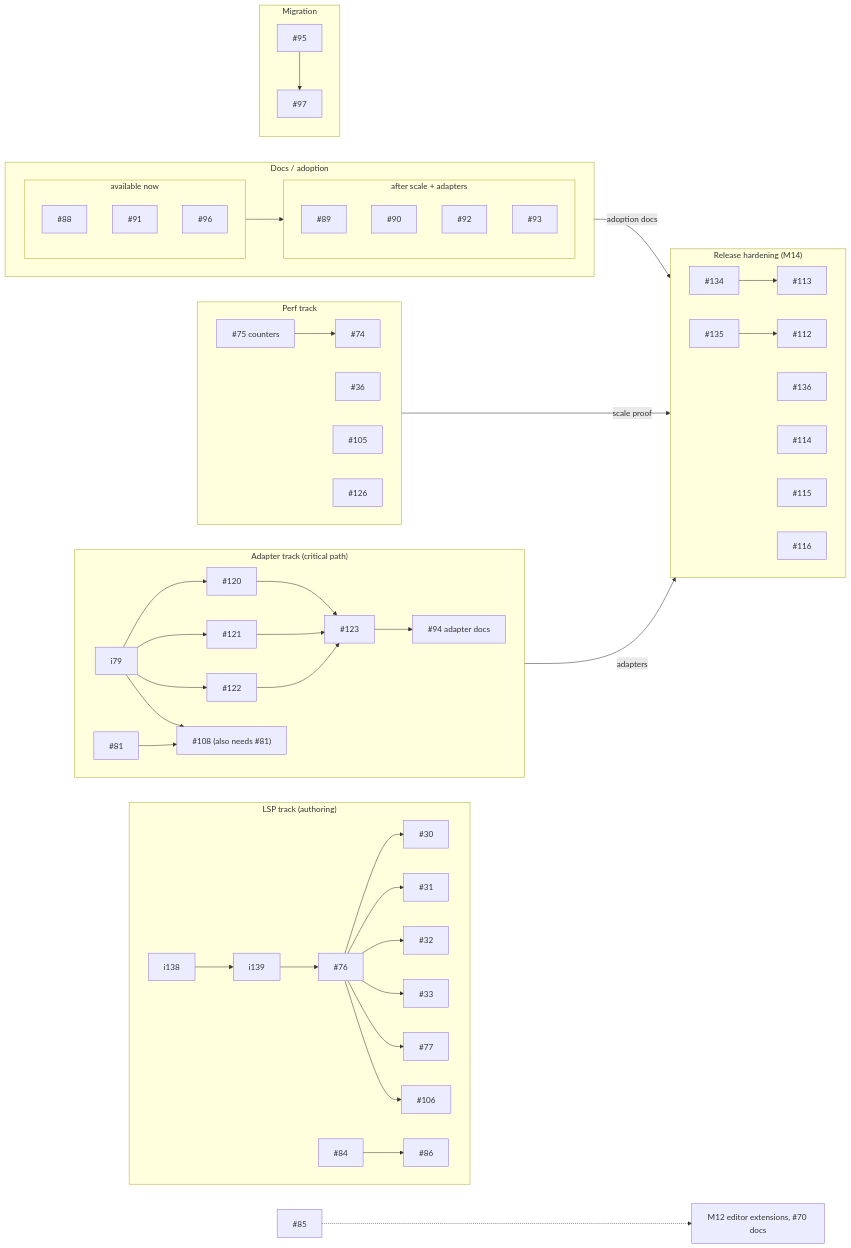
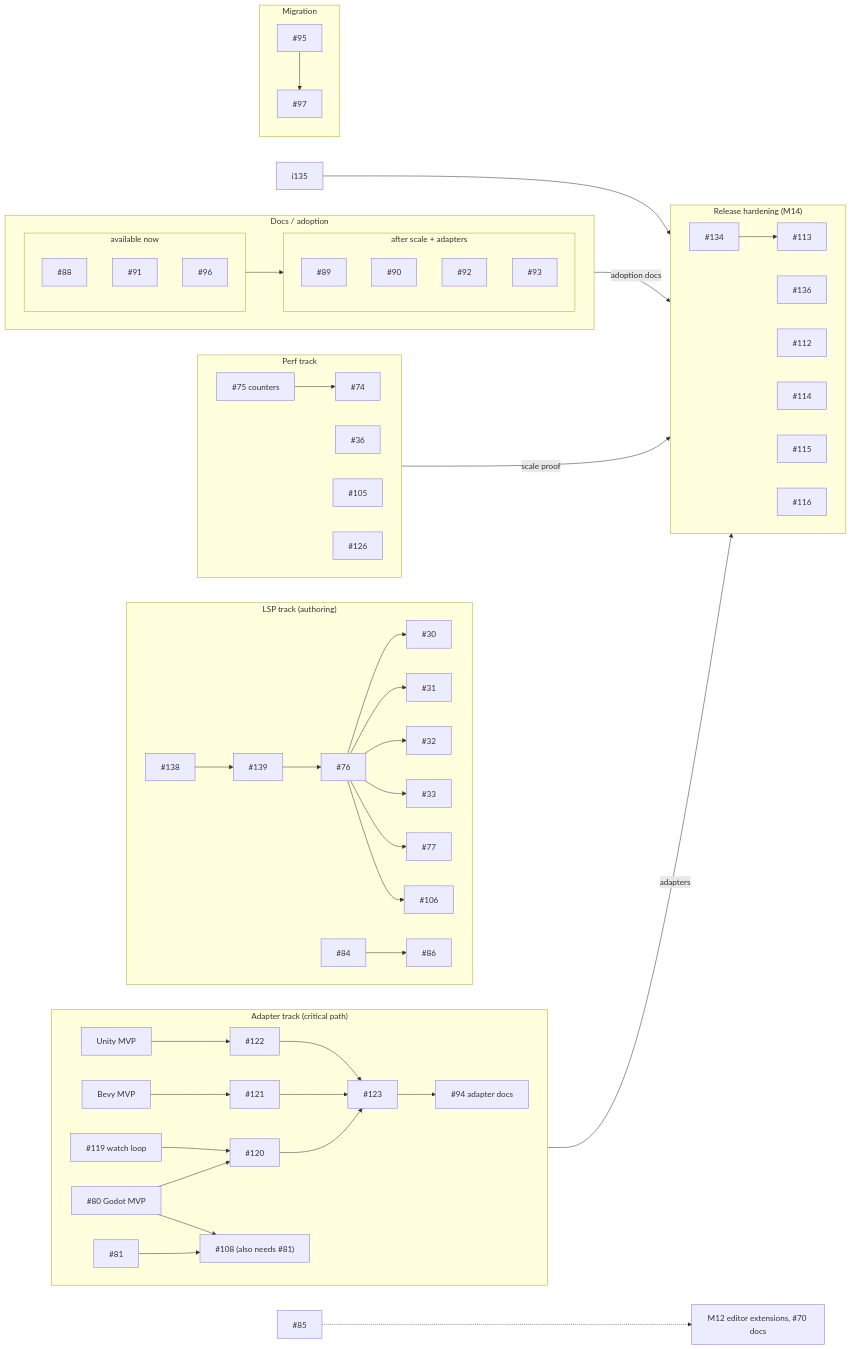
The diagram in docs/roadmap.md (plethu/recite), drawn with Mermaid before and after one commit. The commit also changed other lines of this file, not shown here.

Commit message:
docs: refresh roadmap after issue batch

````diff
--- a/docs/roadmap.md
+++ b/docs/roadmap.md
@@ -51,76 +49,76 @@
 ```mermaid
 flowchart LR
   subgraph LSP["LSP track (authoring)"]
     direction LR
-    i138 --> i139
+    i138["#138"] --> i139["#139"]
     i139 --> i76["#76"]
     i76 --> i30["#30"]
     i76 --> i31["#31"]
     i76 --> i32["#32"]
     i76 --> i33["#33"]
     i76 --> i77["#77"]
     i76 --> i106["#106"]
     i84["#84"] --> i86["#86"]
   end
 
   subgraph ADP["Adapter track (critical path)"]
     direction LR
-    i79 --> i120["#120"]
-    i79 --> i121["#121"]
-    i79 --> i122["#122"]
+    i80["#80 Godot MVP"] --> i120["#120"]
+    i119["#119 watch loop"] --> i120
+    iBevy["Bevy MVP"] --> i121["#121"]
+    iUnity["Unity MVP"] --> i122["#122"]
     i120 --> i123["#123"]
     i121 --> i123
     i122 --> i123
     i123 --> i94["#94 adapter docs"]
-    i79 --> i108["#108 (also needs #81)"]
     i81["#81"] --> i108
+    i80 --> i108["#108 (also needs #81)"]
   end
 
   subgraph PERF["Perf track"]
     direction LR
     i74["#74"]
     i36["#36"]
     i105["#105"]
     i126["#126"]
     i75["#75 counters"] --> i74
   end
 
   subgraph DOCS["Docs / adoption"]
     direction LR
     subgraph DNOW["available now"]
       i88["#88"]
       i91["#91"]
       i96["#96"]
     end
     subgraph DLATER["after scale + adapters"]
       i89["#89"]
       i90["#90"]
       i92["#92"]
       i93["#93"]
     end
     DNOW --> DLATER
   end
 
   subgraph MIG["Migration"]
     i95["#95"] --> i97["#97"]
   end
 
   subgraph REL["Release hardening (M14)"]
     direction LR
     i134["#134"]
-    i135["#135"]
     i136["#136"]
     i112["#112"]
     i113["#113"]
     i114["#114"]
     i115["#115"]
     i116["#116"]
   end
 
   i85["#85"] -.-> editor["M12 editor extensions, #70 docs"]
   i134 --> i113
   i135 --> i112
   i94 -- adapters --> REL
   i74 -- scale proof --> REL
   DLATER -- adoption docs --> REL
 ```
````
